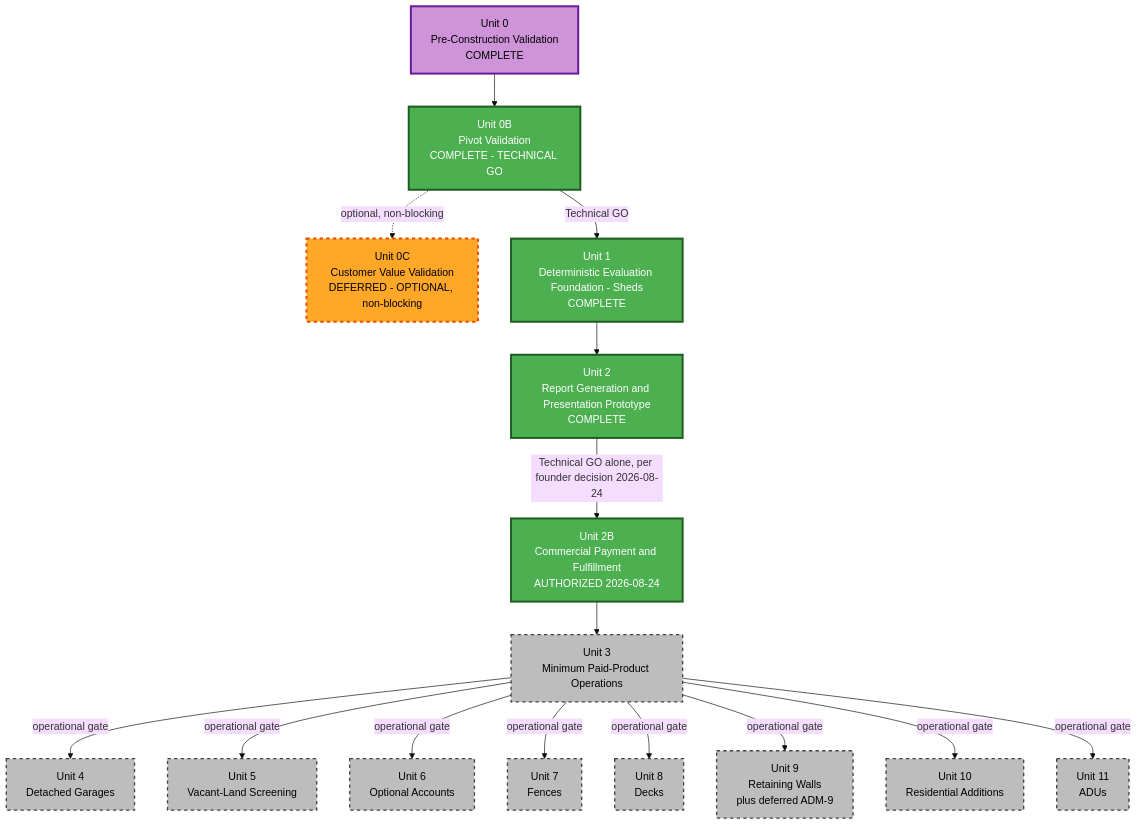
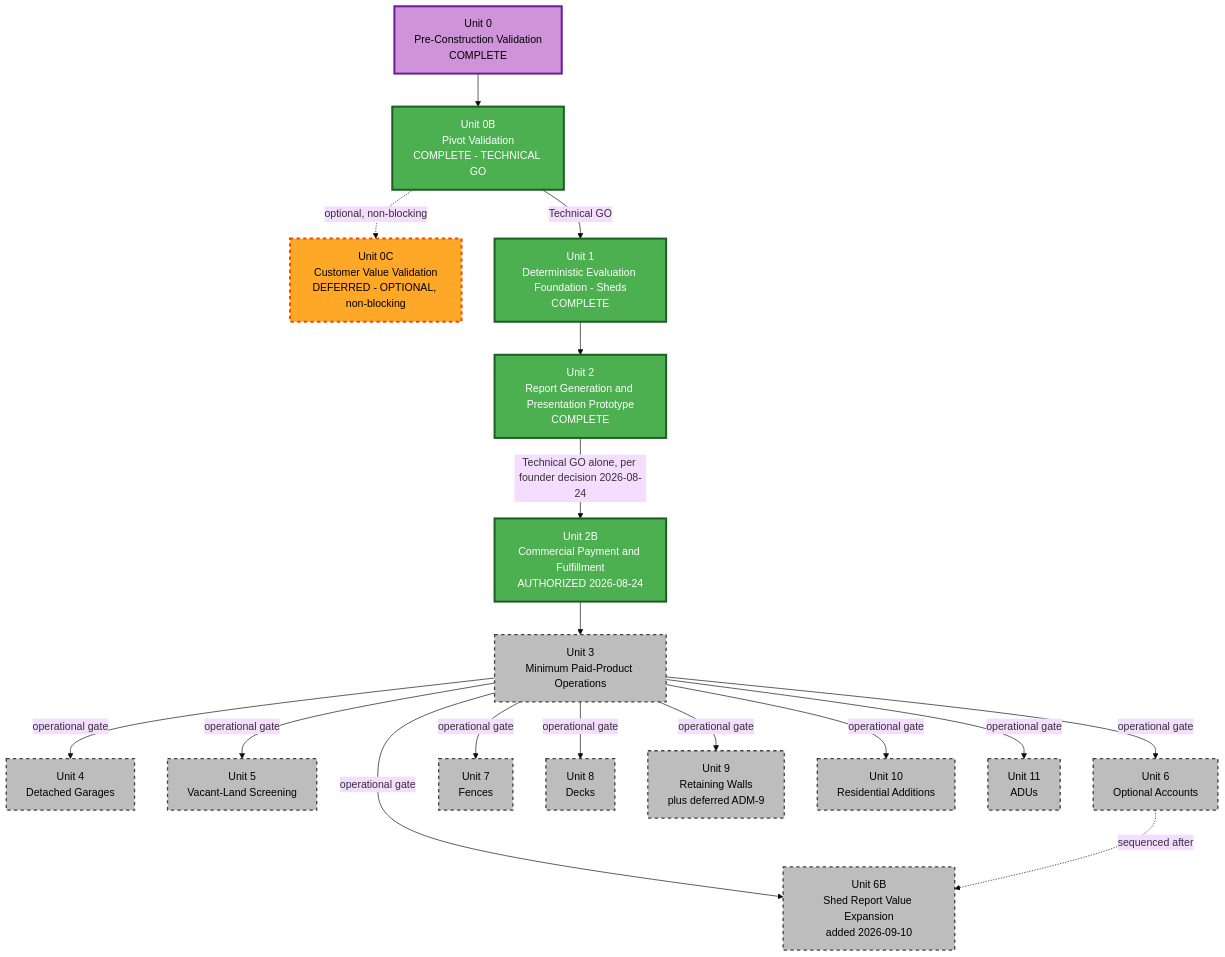
One commit to caseychoiniere/permit-preflight changed the diagram in aidlc-docs/inception/application-design/unit-of-work-dependency.md. Above: the diagram before and after it, drawn with Mermaid (base theme). The commit also changed other lines of this file and 78 other files, not shown here.

First line of the commit message:
feat: Unit 6 accounts, Unit 6B shed report expansion, and lot-line/setback corrections

````diff
--- a/aidlc-docs/inception/application-design/unit-of-work-dependency.md
+++ b/aidlc-docs/inception/application-design/unit-of-work-dependency.md
@@ -97,49 +103,53 @@
 ```mermaid
 flowchart TD
     U0["Unit 0<br/>Pre-Construction Validation<br/>COMPLETE"]
     U0B["Unit 0B<br/>Pivot Validation<br/>COMPLETE - TECHNICAL GO"]
     U0C["Unit 0C<br/>Customer Value Validation<br/>DEFERRED - OPTIONAL, non-blocking"]
     U1["Unit 1<br/>Deterministic Evaluation Foundation - Sheds<br/>COMPLETE"]
     U2["Unit 2<br/>Report Generation and Presentation Prototype<br/>COMPLETE"]
     U2B["Unit 2B<br/>Commercial Payment and Fulfillment<br/>AUTHORIZED 2026-08-24"]
     U3["Unit 3<br/>Minimum Paid-Product Operations"]
     U4["Unit 4<br/>Detached Garages"]
     U5["Unit 5<br/>Vacant-Land Screening"]
     U6["Unit 6<br/>Optional Accounts"]
+    U6B["Unit 6B<br/>Shed Report Value Expansion<br/>added 2026-09-10"]
     U7["Unit 7<br/>Fences"]
     U8["Unit 8<br/>Decks"]
     U9["Unit 9<br/>Retaining Walls<br/>plus deferred ADM-9"]
     U10["Unit 10<br/>Residential Additions"]
     U11["Unit 11<br/>ADUs"]
 
     U0 --> U0B
     U0B -->|Technical GO| U1
     U0B -.->|optional, non-blocking| U0C
     U1 --> U2
     U2 -->|Technical GO alone, per founder decision 2026-08-24| U2B
     U2B --> U3
     U3 -->|operational gate| U4
     U3 -->|operational gate| U5
     U3 -->|operational gate| U6
+    U3 -->|operational gate| U6B
+    U6 -.->|sequenced after| U6B
     U3 -->|operational gate| U7
     U3 -->|operational gate| U8
     U3 -->|operational gate| U9
     U3 -->|operational gate| U10
     U3 -->|operational gate| U11
 
     style U0 fill:#CE93D8,stroke:#6A1B9A,stroke-width:3px,color:#000
     style U0B fill:#4CAF50,stroke:#1B5E20,stroke-width:3px,color:#fff
     style U0C fill:#FFA726,stroke:#E65100,stroke-width:3px,stroke-dasharray: 5 5,color:#000
     style U1 fill:#4CAF50,stroke:#1B5E20,stroke-width:3px,color:#fff
     style U2 fill:#4CAF50,stroke:#1B5E20,stroke-width:3px,color:#fff
     style U2B fill:#4CAF50,stroke:#1B5E20,stroke-width:3px,color:#fff
     style U3 fill:#BDBDBD,stroke:#424242,stroke-width:2px,stroke-dasharray: 5 5,color:#000
     style U4 fill:#BDBDBD,stroke:#424242,stroke-width:2px,stroke-dasharray: 5 5,color:#000
     style U5 fill:#BDBDBD,stroke:#424242,stroke-width:2px,stroke-dasharray: 5 5,color:#000
     style U6 fill:#BDBDBD,stroke:#424242,stroke-width:2px,stroke-dasharray: 5 5,color:#000
+    style U6B fill:#BDBDBD,stroke:#424242,stroke-width:2px,stroke-dasharray: 5 5,color:#000
     style U7 fill:#BDBDBD,stroke:#424242,stroke-width:2px,stroke-dasharray: 5 5,color:#000
     style U8 fill:#BDBDBD,stroke:#424242,stroke-width:2px,stroke-dasharray: 5 5,color:#000
     style U9 fill:#BDBDBD,stroke:#424242,stroke-width:2px,stroke-dasharray: 5 5,color:#000
     style U10 fill:#BDBDBD,stroke:#424242,stroke-width:2px,stroke-dasharray: 5 5,color:#000
     style U11 fill:#BDBDBD,stroke:#424242,stroke-width:2px,stroke-dasharray: 5 5,color:#000
 ```
````
